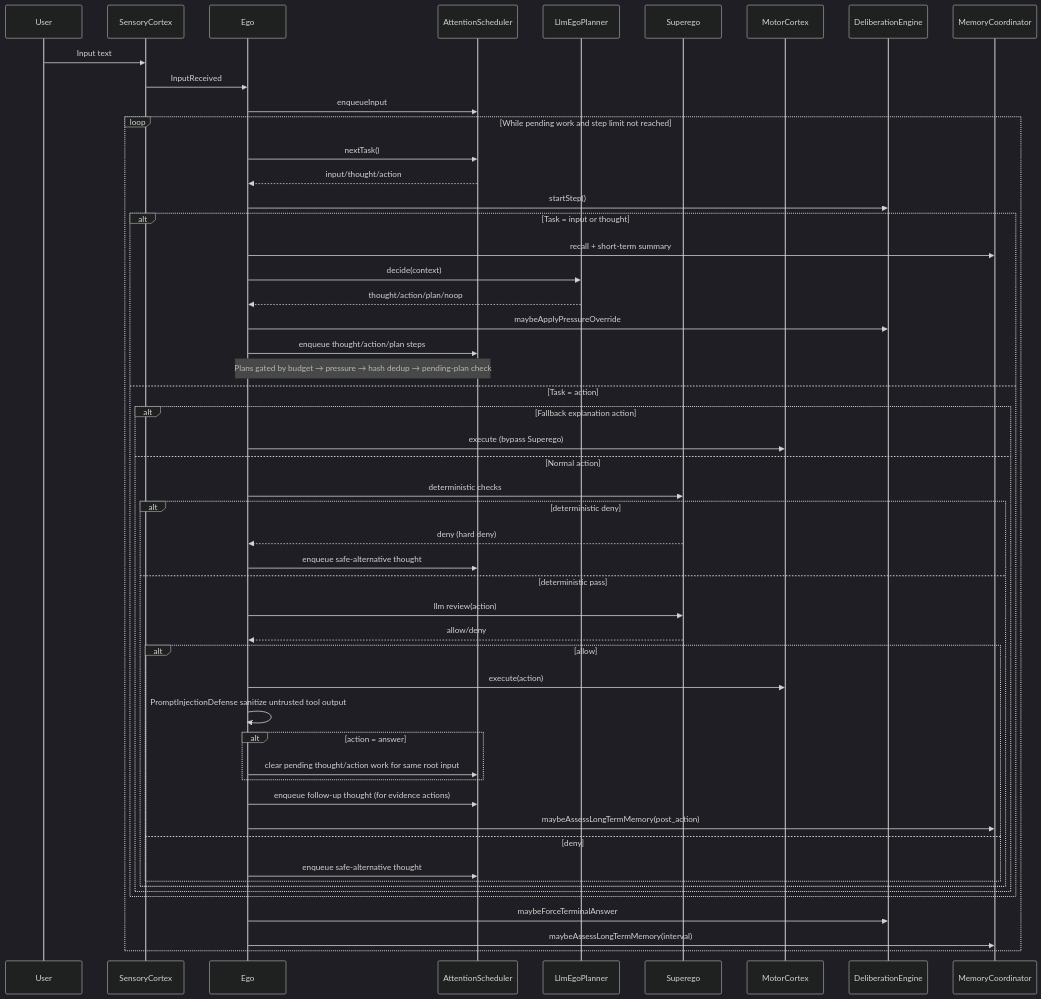
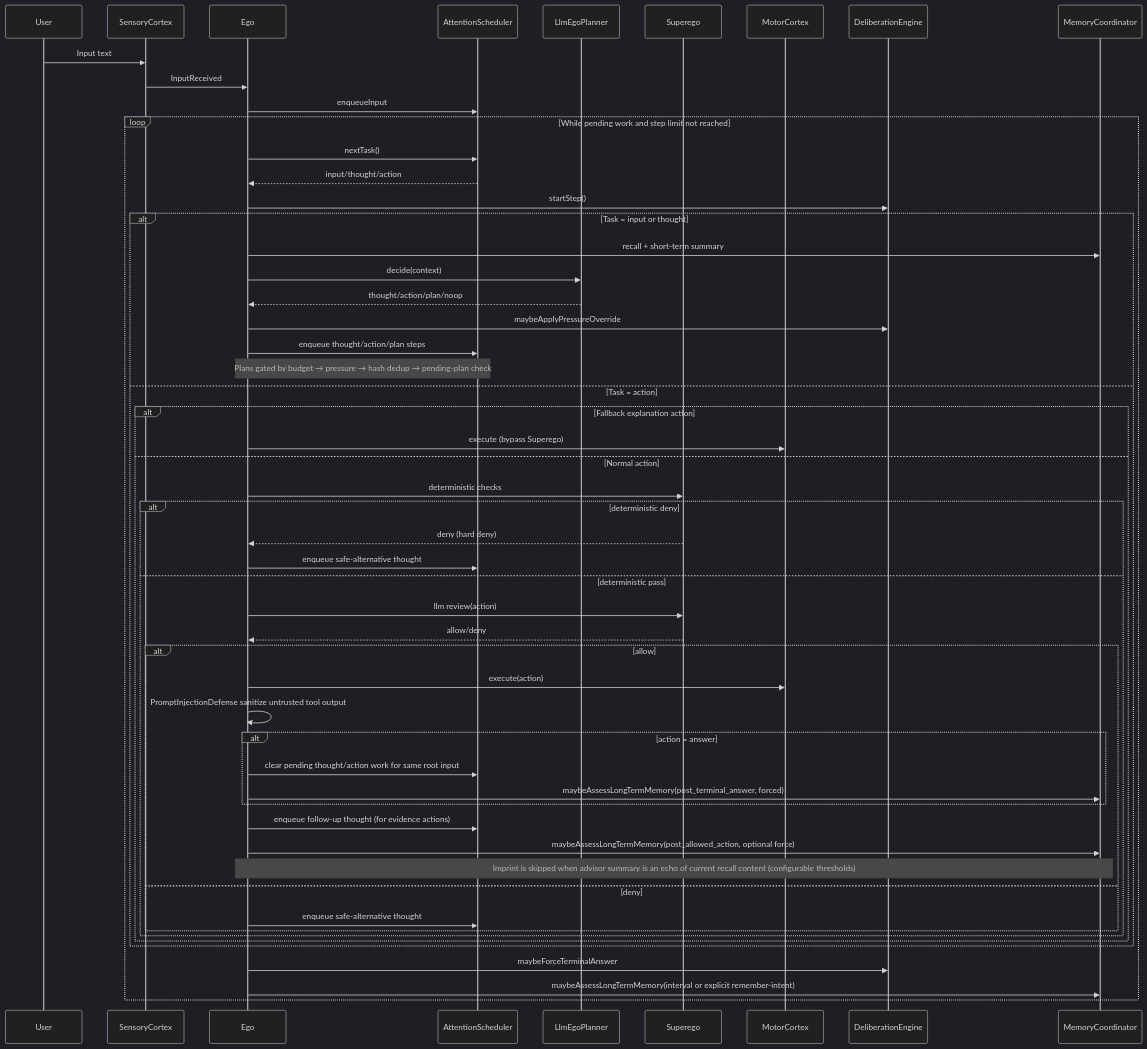
The second of 4 diagrams in AGENT_LOGIC_DIAGRAM.md (neopsyke/NeoPsyke), drawn with Mermaid (dark theme) before and after one commit. The commit also changed other lines of this file and 34 other files, not shown here.

Commit message:
Fix several long-term memory problems, improve logs, dedupe, echos

````diff
--- a/AGENT_LOGIC_DIAGRAM.md
+++ b/AGENT_LOGIC_DIAGRAM.md
@@ -41,58 +42,60 @@
 ```mermaid
 sequenceDiagram
     participant User
     participant SC as SensoryCortex
     participant Ego
     participant Sched as AttentionScheduler
     participant Planner as LlmEgoPlanner
     participant Sup as Superego
     participant Motor as MotorCortex
     participant Delib as DeliberationEngine
     participant Mem as MemoryCoordinator
 
     User->>SC: Input text
     SC->>Ego: InputReceived
     Ego->>Sched: enqueueInput
 
     loop While pending work and step limit not reached
         Ego->>Sched: nextTask()
         Sched-->>Ego: input/thought/action
         Ego->>Delib: startStep()
 
         alt Task = input or thought
             Ego->>Mem: recall + short-term summary
             Ego->>Planner: decide(context)
             Planner-->>Ego: thought/action/plan/noop
             Ego->>Delib: maybeApplyPressureOverride
             Ego->>Sched: enqueue thought/action/plan steps
             Note over Ego,Sched: Plans gated by budget → pressure → hash dedup → pending-plan check
         else Task = action
             alt Fallback explanation action
                 Ego->>Motor: execute (bypass Superego)
             else Normal action
                 Ego->>Sup: deterministic checks
                 alt deterministic deny
                     Sup-->>Ego: deny (hard deny)
                     Ego->>Sched: enqueue safe-alternative thought
                 else deterministic pass
                     Ego->>Sup: llm review(action)
                     Sup-->>Ego: allow/deny
                     alt allow
                         Ego->>Motor: execute(action)
                         Ego->>Ego: PromptInjectionDefense sanitize untrusted tool output
                         alt action = answer
                             Ego->>Sched: clear pending thought/action work for same root input
+                            Ego->>Mem: maybeAssessLongTermMemory(post_terminal_answer, forced)
                         end
                         Ego->>Sched: enqueue follow-up thought (for evidence actions)
-                        Ego->>Mem: maybeAssessLongTermMemory(post_action)
+                        Ego->>Mem: maybeAssessLongTermMemory(post_allowed_action, optional force)
+                        Note over Ego,Mem: Imprint is skipped when advisor summary is an echo of current recall content (configurable thresholds)
                     else deny
                         Ego->>Sched: enqueue safe-alternative thought
                     end
                 end
             end
         end
 
         Ego->>Delib: maybeForceTerminalAnswer
-        Ego->>Mem: maybeAssessLongTermMemory(interval)
+        Ego->>Mem: maybeAssessLongTermMemory(interval or explicit remember-intent)
     end
 ```
````
